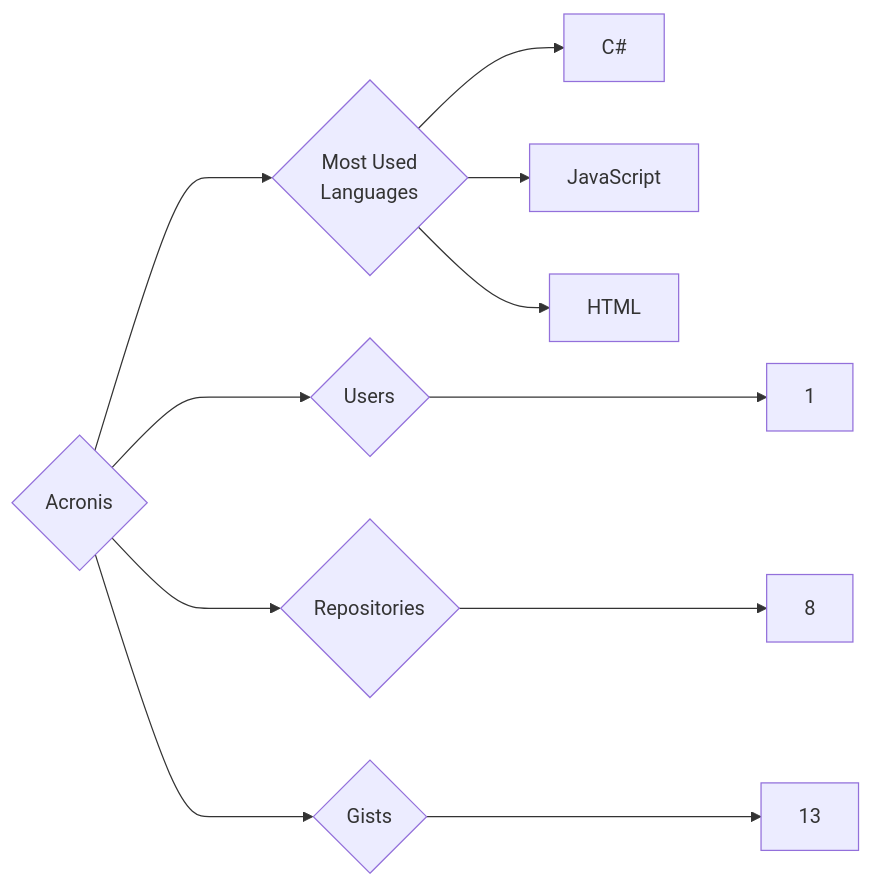
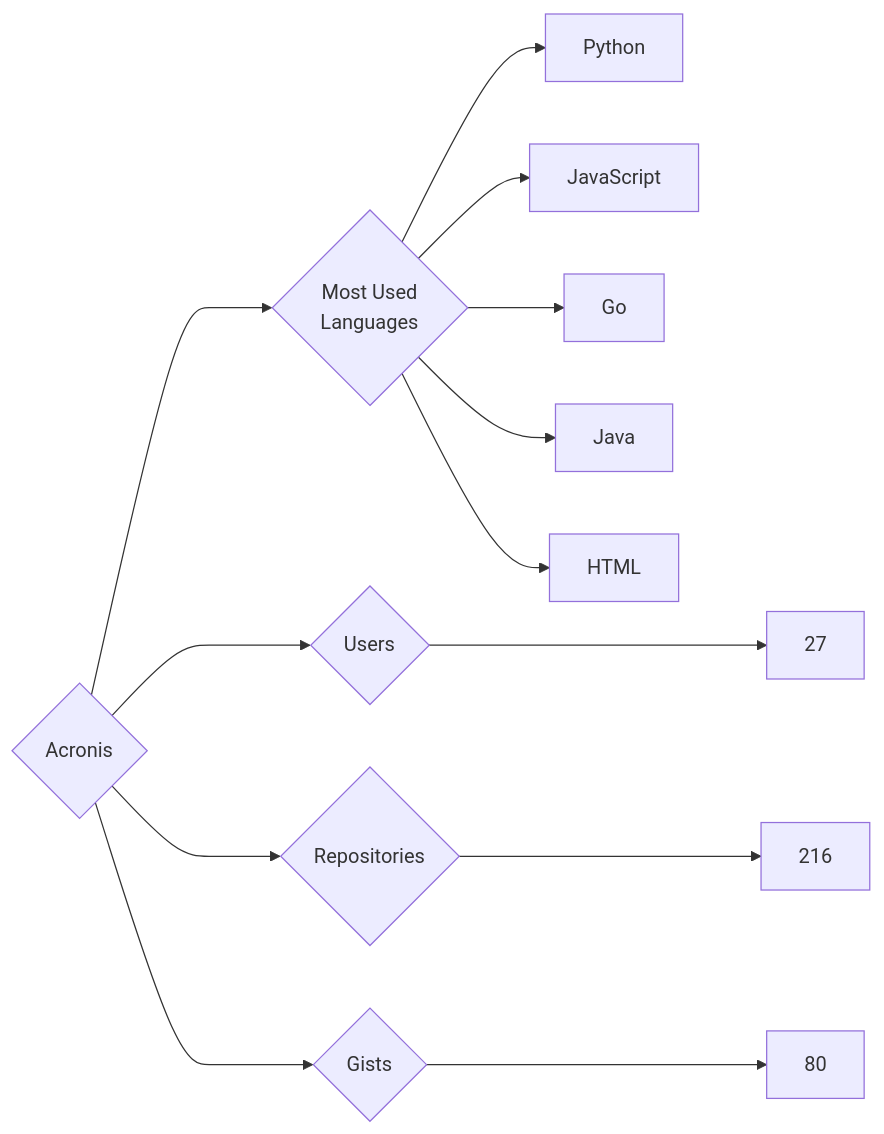
One commit to trickest/insiders changed the diagram in targets/Acronis/README.md. Above: the diagram before and after it, drawn with Mermaid. The commit also changed 639 other files, not shown here.

````diff
--- a/targets/Acronis/README.md
+++ b/targets/Acronis/README.md
@@ -3,11 +3,13 @@
 ```mermaid
 graph LR
 COMPANY_NAME{Acronis}
-COMPANY_NAME ---> U{Users} ---> UN[1]
-COMPANY_NAME ---> R{Repositories} ---> RN[8]
-COMPANY_NAME ---> G{Gists} ---> GN[13]
+COMPANY_NAME ---> U{Users} ---> UN[27]
+COMPANY_NAME ---> R{Repositories} ---> RN[216]
+COMPANY_NAME ---> G{Gists} ---> GN[80]
 COMPANY_NAME ---> ML{Most Used<br>Languages}
-ML --> C#[C#]
+ML --> Python[Python]
 ML --> JavaScript[JavaScript]
+ML --> Go[Go]
+ML --> Java[Java]
 ML --> HTML[HTML]
 ```
````
